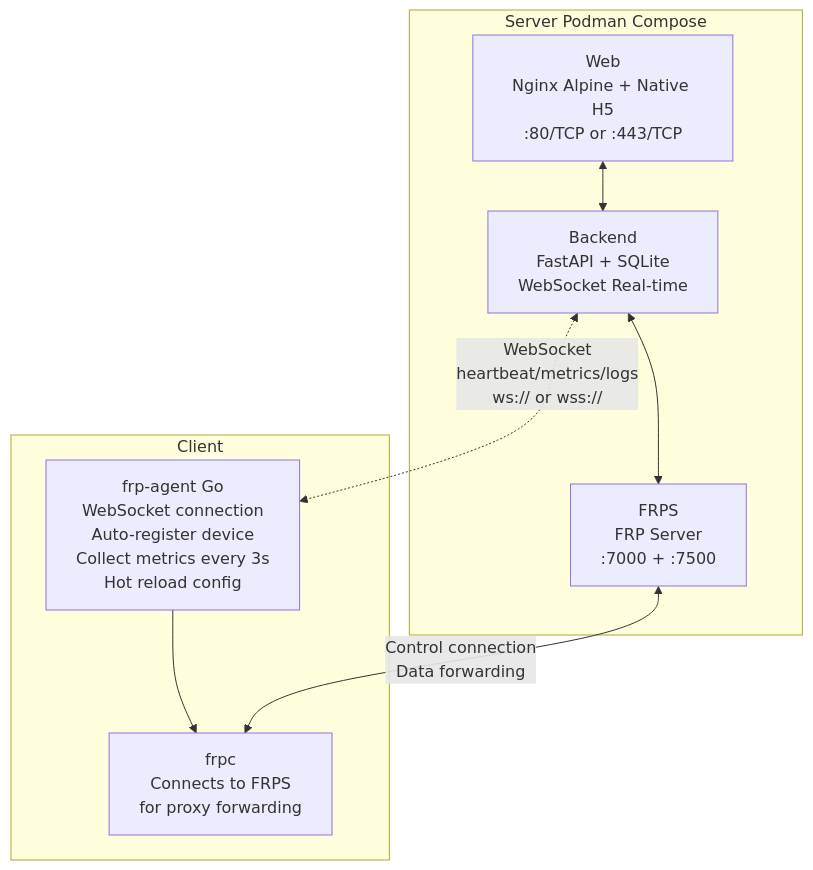
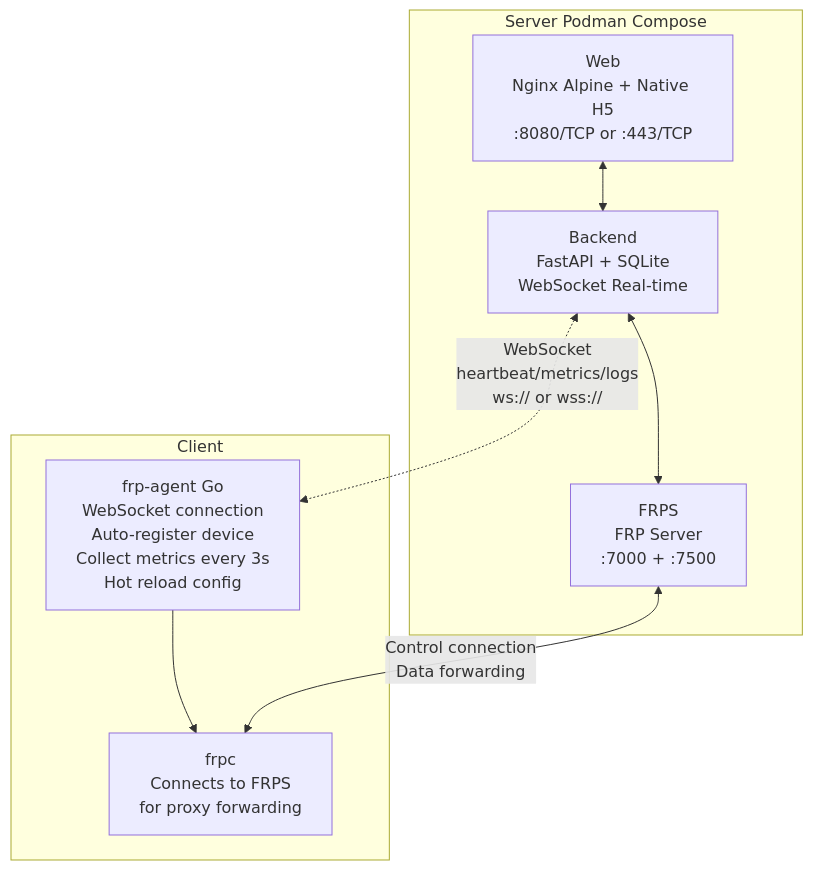
The diagram in README.en.md (GreenhandTan/FRP-ALL-IN-ONE), drawn with Mermaid before and after one commit. The commit also changed other lines of this file and 14 other files, not shown here.

````diff
--- a/README.en.md
+++ b/README.en.md
@@ -161,19 +157,19 @@
 ```mermaid
 flowchart TB
     subgraph Server["Server Podman Compose"]
-        Web["Web<br/>Nginx Alpine + Native H5<br/>:80/TCP or :443/TCP"]
+        Web["Web<br/>Nginx Alpine + Native H5<br/>:8080/TCP or :443/TCP"]
         Backend["Backend<br/>FastAPI + SQLite<br/>WebSocket Real-time"]
         FRPS["FRPS<br/>FRP Server<br/>:7000 + :7500"]
         Web <--> Backend
         Backend <--> FRPS
     end
 
     subgraph Client["Client"]
         Agent["frp-agent Go<br/>WebSocket connection<br/>Auto-register device<br/>Collect metrics every 3s<br/>Hot reload config"]
         FRPC["frpc<br/>Connects to FRPS<br/>for proxy forwarding"]
         Agent --> FRPC
     end
 
     Backend <-.->|"WebSocket<br/>heartbeat/metrics/logs<br/>ws:// or wss://"| Agent
     FRPS <-->|"Control connection<br/>Data forwarding"| FRPC
 ```
````
